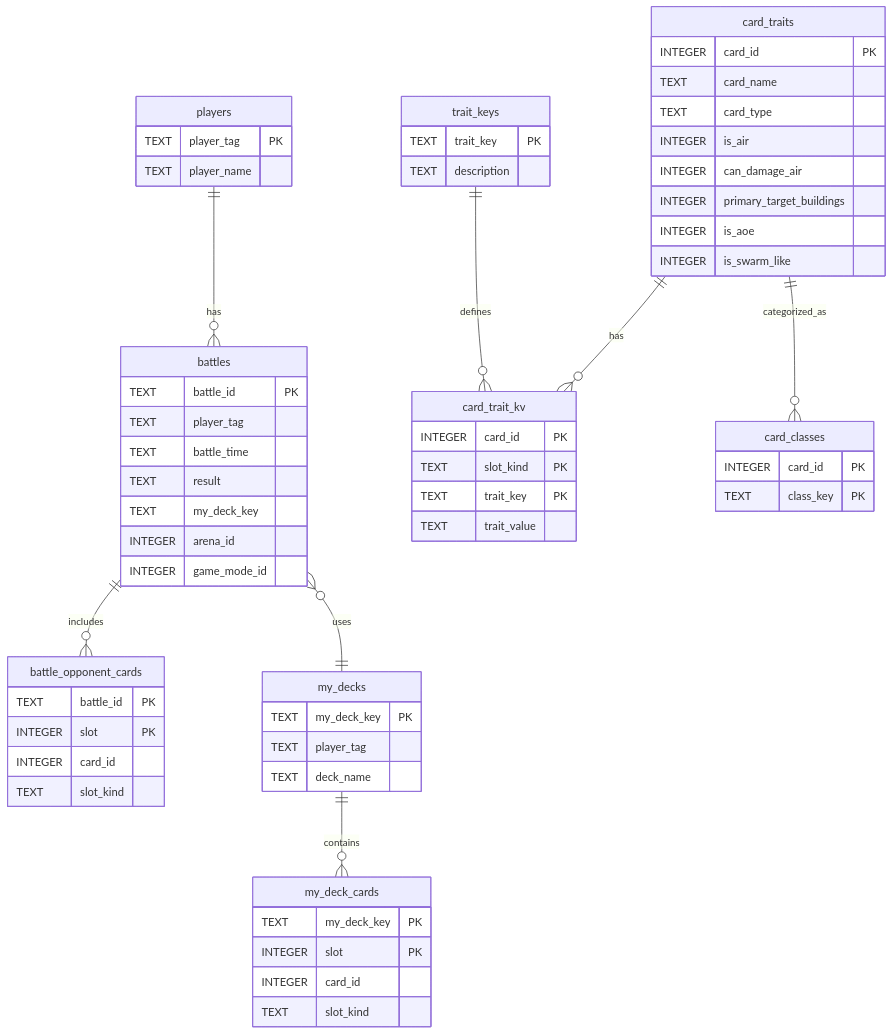
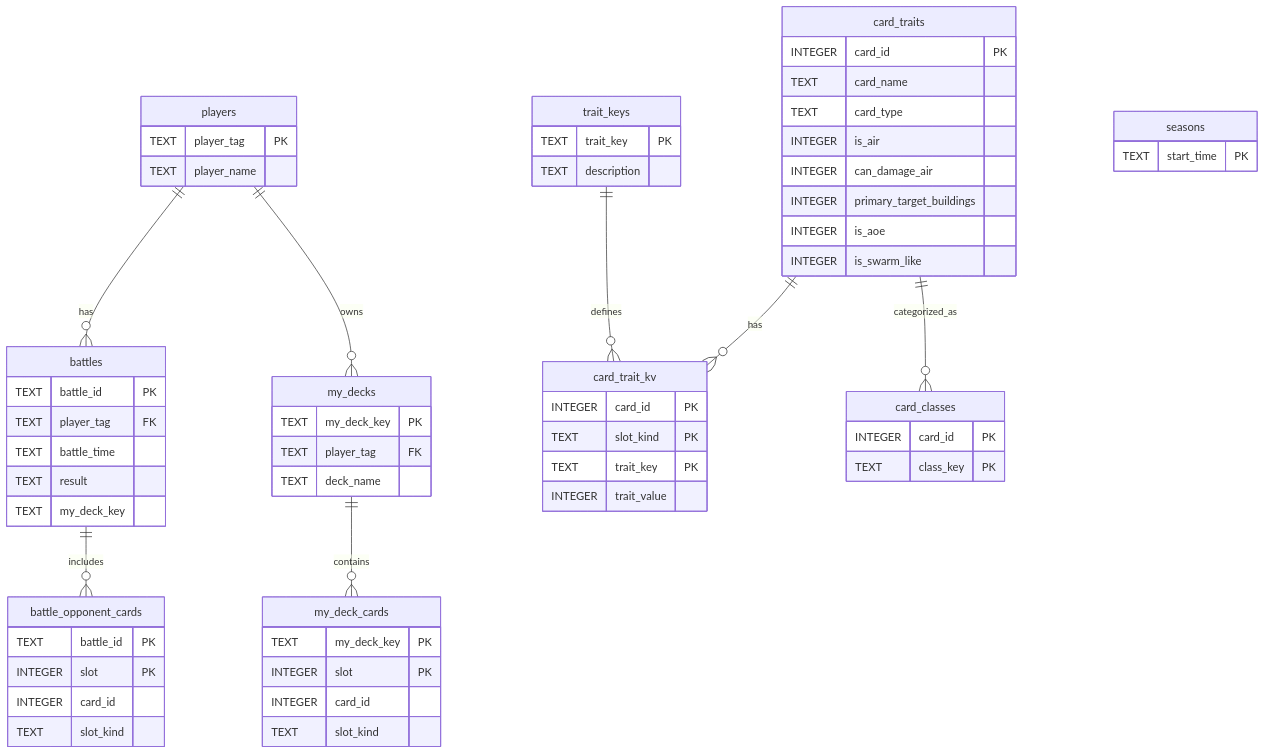
One commit to ryotaro-tanaka/cr_ledger changed the diagram in docs/db/schema.er.md. Above: the diagram before and after it, drawn with Mermaid. The commit also changed other lines of this file and 1 other file, not shown here.

Commit message:
Update the documentation to reflect the addition of the foreign key and the removal of the arena_id and game_mode_id columns

````diff
--- a/docs/db/schema.er.md
+++ b/docs/db/schema.er.md
@@ -3,74 +3,75 @@
 ```mermaid
 erDiagram
   players {
     TEXT player_tag PK
     TEXT player_name
   }
 
   battles {
     TEXT battle_id PK
-    TEXT player_tag
+    TEXT player_tag FK
     TEXT battle_time
     TEXT result
     TEXT my_deck_key
-    INTEGER arena_id
-    INTEGER game_mode_id
   }
 
   battle_opponent_cards {
     TEXT battle_id PK
     INTEGER slot PK
     INTEGER card_id
     TEXT slot_kind
   }
 
   my_decks {
     TEXT my_deck_key PK
-    TEXT player_tag
+    TEXT player_tag FK
     TEXT deck_name
   }
 
   my_deck_cards {
     TEXT my_deck_key PK
     INTEGER slot PK
     INTEGER card_id
     TEXT slot_kind
   }
 
   card_traits {
     INTEGER card_id PK
     TEXT card_name
     TEXT card_type
     INTEGER is_air
     INTEGER can_damage_air
     INTEGER primary_target_buildings
     INTEGER is_aoe
     INTEGER is_swarm_like
   }
 
   trait_keys {
     TEXT trait_key PK
     TEXT description
   }
 
   card_trait_kv {
     INTEGER card_id PK
     TEXT slot_kind PK
     TEXT trait_key PK
-    TEXT trait_value
+    INTEGER trait_value
   }
 
   card_classes {
     INTEGER card_id PK
     TEXT class_key PK
   }
 
+  seasons {
+    TEXT start_time PK
+  }
+
   players ||--o{ battles : has
+  players ||--o{ my_decks : owns
   battles ||--o{ battle_opponent_cards : includes
   my_decks ||--o{ my_deck_cards : contains
+  card_traits ||--o{ card_trait_kv : has
   trait_keys ||--o{ card_trait_kv : defines
-  card_traits ||--o{ card_trait_kv : has
   card_traits ||--o{ card_classes : categorized_as
-  battles }o--|| my_decks : uses
-
 ```
````
